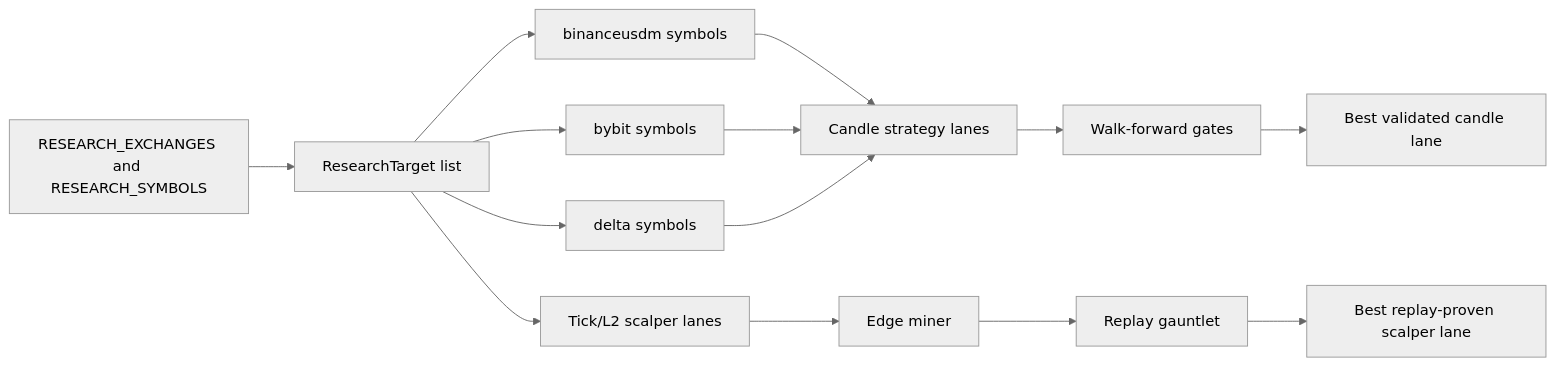
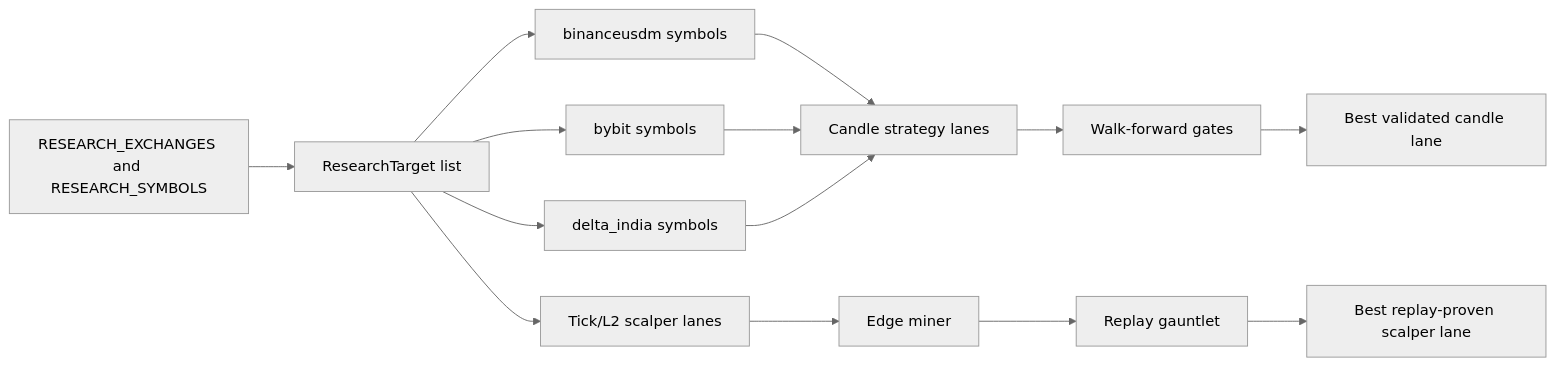
The fifth of 6 diagrams in docs/ARCHITECTURE_FLOW.md (vikkl1990/vnedge), drawn with Mermaid (neutral theme) before and after one commit. The commit also changed other lines of this file and 15 other files, not shown here.

````diff
--- a/docs/ARCHITECTURE_FLOW.md
+++ b/docs/ARCHITECTURE_FLOW.md
@@ -210,16 +210,16 @@
 ```mermaid
 flowchart LR
     Env["RESEARCH_EXCHANGES and RESEARCH_SYMBOLS"] --> Targets["ResearchTarget list"]
     Targets --> Binance["binanceusdm symbols"]
     Targets --> Bybit["bybit symbols"]
-    Targets --> Delta["delta symbols"]
+    Targets --> Delta["delta_india symbols"]
     Binance --> CandleLanes["Candle strategy lanes"]
     Bybit --> CandleLanes
     Delta --> CandleLanes
     CandleLanes --> WalkForward["Walk-forward gates"]
     Targets --> TickLanes["Tick/L2 scalper lanes"]
     TickLanes --> EdgeMiner["Edge miner"]
     EdgeMiner --> Replay["Replay gauntlet"]
     WalkForward --> PairRank["Best validated candle lane"]
     Replay --> ScalpRank["Best replay-proven scalper lane"]
 ```
````
